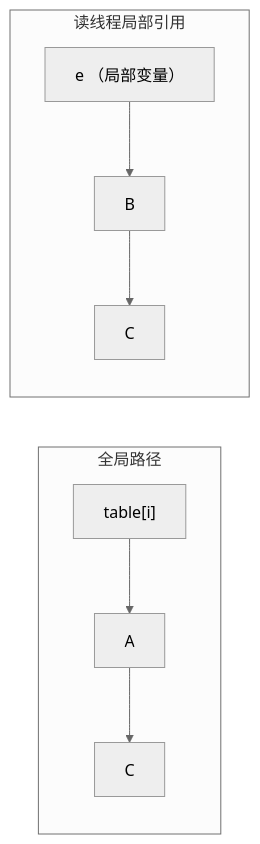
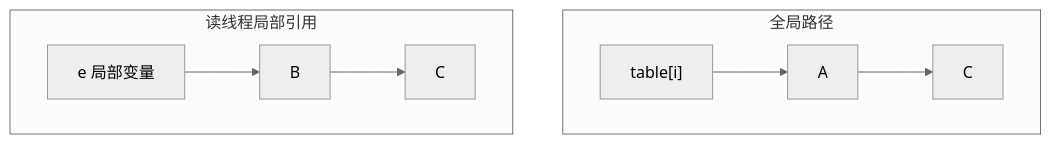
Before and after one commit to rebibabo/rebibabo.github.io: diagram 16 of 26 in source/_posts/concurrency/22-ConcurrentHashMap 为什么能支持高并发访问.md, drawn with Mermaid (neutral theme). The commit also changed other lines of this file and 3 other files, not shown here.

````diff
--- a/source/_posts/concurrency/22-ConcurrentHashMap 为什么能支持高并发访问.md
+++ b/source/_posts/concurrency/22-ConcurrentHashMap 为什么能支持高并发访问.md
@@ -249,9 +249,9 @@
 ```mermaid
-graph LR
-    subgraph 全局路径
+graph TD
+    subgraph 全局["全局路径"]
         t["table[i]"] --> A_g["A"] --> C_g["C"]
     end
-    subgraph 读线程局部引用
-        e["e （局部变量）"] --> B_g["B"] --> C_g2["C"]
+    subgraph 局部["读线程局部引用"]
+        e["e 局部变量"] --> B_g["B"] --> C_g2["C"]
     end
 ```
````
